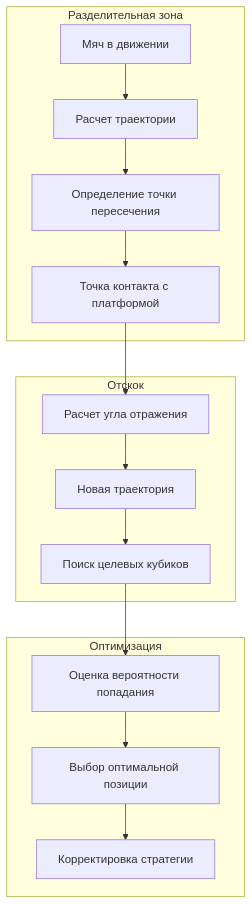
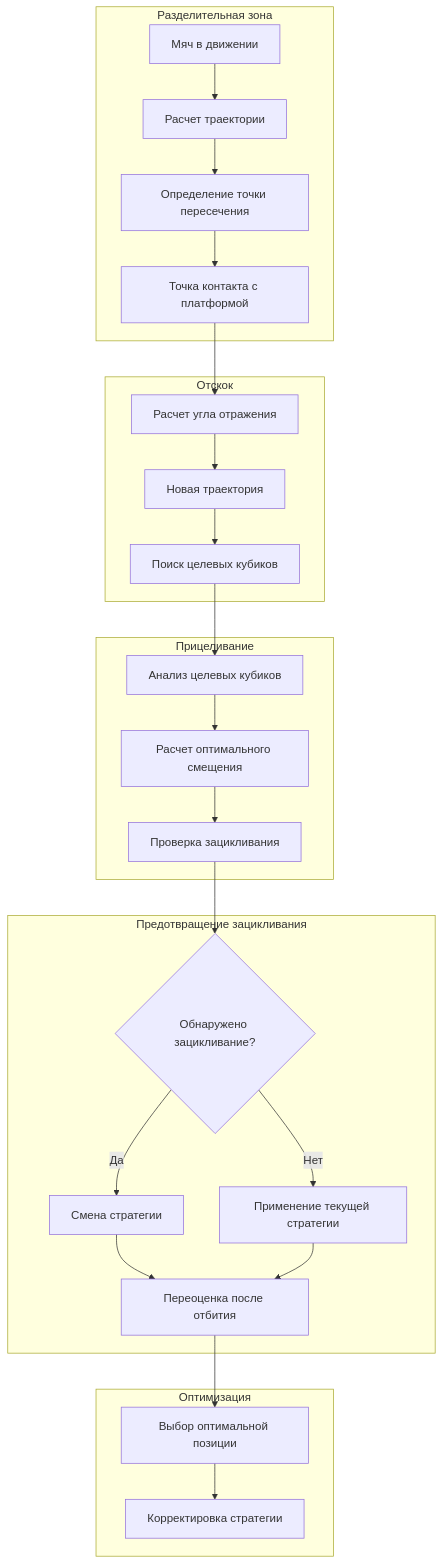
The fourth of 4 diagrams in AI_ARCHITECTURE_DIAGRAM.md (LeraTheUnicorn/PygameArkanoid), drawn with Mermaid before and after one commit. The commit also changed other lines of this file and 4 other files, not shown here.

````diff
--- a/AI_ARCHITECTURE_DIAGRAM.md
+++ b/AI_ARCHITECTURE_DIAGRAM.md
@@ -128,20 +167,33 @@
 ```mermaid
 graph TB
     subgraph "Разделительная зона"
         A[Мяч в движении] --> B[Расчет траектории]
         B --> C[Определение точки пересечения]
         C --> D[Точка контакта с платформой]
     end
     
     subgraph "Отскок"
         D --> E[Расчет угла отражения]
         E --> F[Новая траектория]
         F --> G[Поиск целевых кубиков]
     end
     
+    subgraph "Прицеливание"
+        G --> H[Анализ целевых кубиков]
+        H --> I[Расчет оптимального смещения]
+        I --> J[Проверка зацикливания]
+    end
+    
+    subgraph "Предотвращение зацикливания"
+        J --> K{Обнаружено зацикливание?}
+        K -->|Да| L[Смена стратегии]
+        K -->|Нет| M[Применение текущей стратегии]
+        L --> N[Переоценка после отбития]
+        M --> N
+    end
+    
     subgraph "Оптимизация"
-        G --> H[Оценка вероятности попадания]
-        H --> I[Выбор оптимальной позиции]
-        I --> J[Корректировка стратегии]
+        N --> O[Выбор оптимальной позиции]
+        O --> P[Корректировка стратегии]
     end
 ```
````
